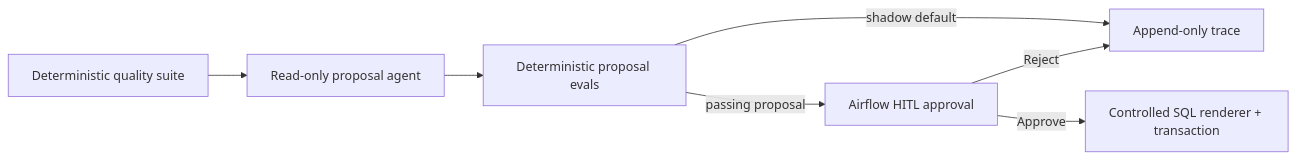
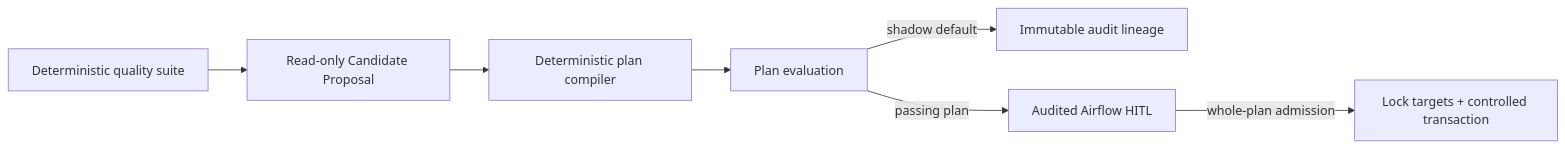
The diagram in README.md (youzaina001/airflow-dq-agent), drawn with Mermaid before and after one commit. The commit also changed other lines of this file and 29 other files, not shown here.

Commit message:
feat: govern plan admission and audited HITL runtime

````diff
--- a/README.md
+++ b/README.md
@@ -8,9 +8,9 @@
 ```mermaid
 flowchart LR
-  suite[Deterministic quality suite] --> agent[Read-only proposal agent]
-  agent --> eval[Deterministic proposal evals]
-  eval -->|shadow default| trace[Append-only trace]
-  eval -->|passing proposal| hitl[Airflow HITL approval]
-  hitl -->|Approve| apply[Controlled SQL renderer + transaction]
-  hitl -->|Reject| trace
+  suite[Deterministic quality suite] --> candidate[Read-only Candidate Proposal]
+  candidate --> compiler[Deterministic plan compiler]
+  compiler --> eval[Plan evaluation]
+  eval -->|shadow default| trace[Immutable audit lineage]
+  eval -->|passing plan| hitl[Audited Airflow HITL]
+  hitl -->|whole-plan admission| apply[Lock targets + controlled transaction]
 ```
````
